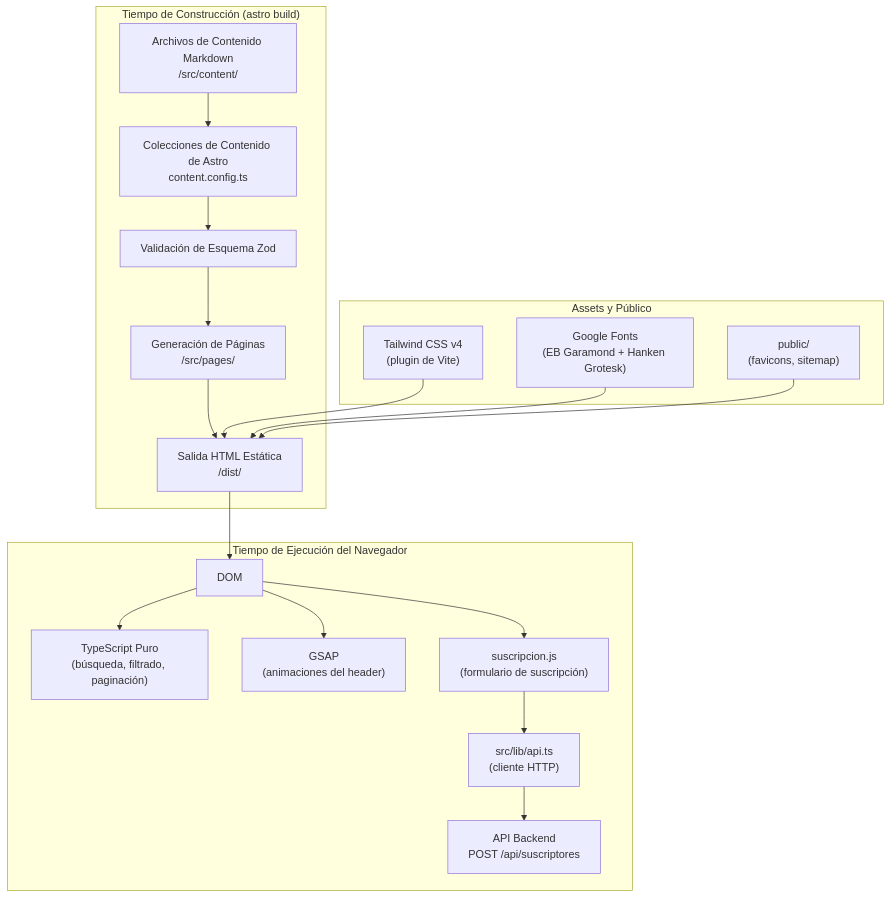
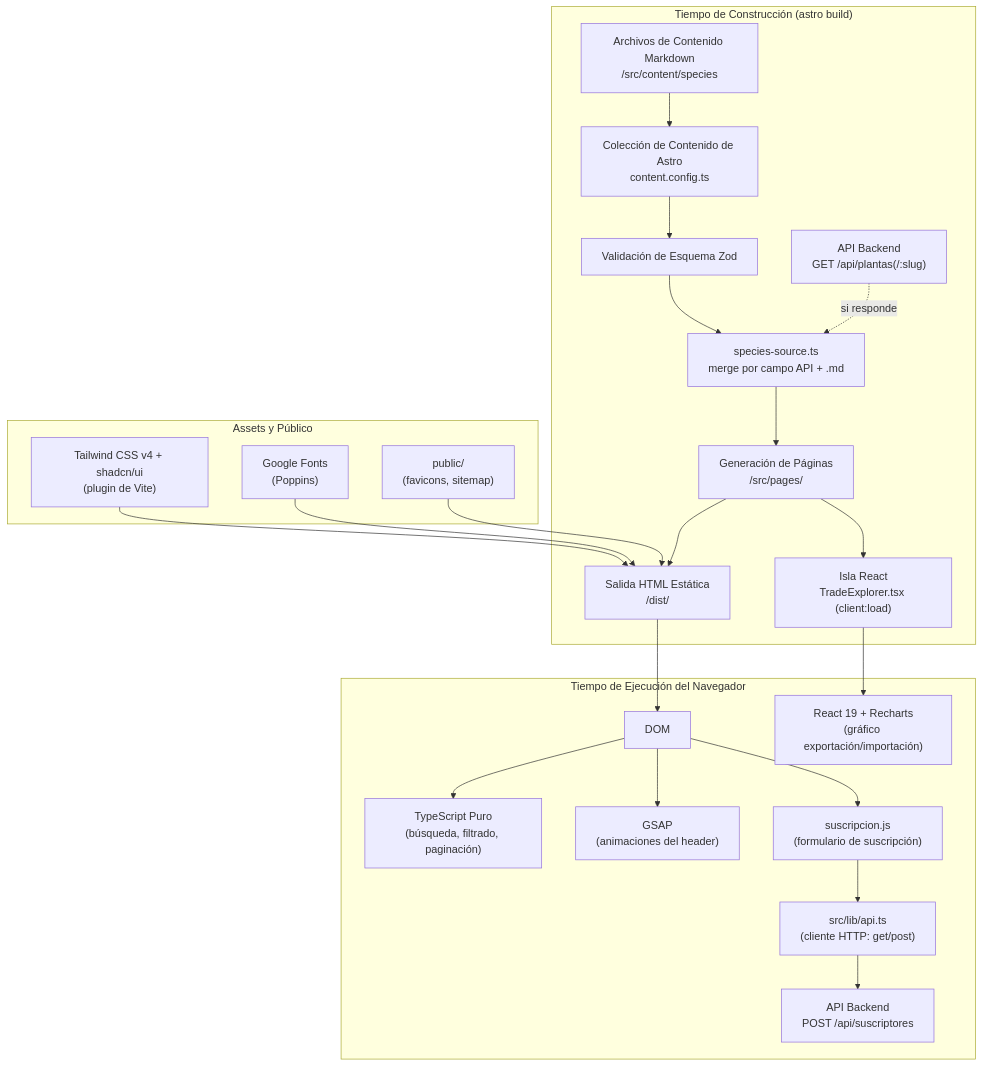
One commit to alps2005/ecotec-flora-medica changed the first of 5 diagrams in docs/ARCHITECTURE.md. Above: the diagram before and after it, drawn with Mermaid. The commit also changed other lines of this file and 9 other files, not shown here.

````diff
--- a/docs/ARCHITECTURE.md
+++ b/docs/ARCHITECTURE.md
@@ -9,24 +11,28 @@
 ```mermaid
 flowchart TD
     subgraph Build["Tiempo de Construcción (astro build)"]
-        MD["Archivos de Contenido Markdown\n/src/content/"] --> CC["Colecciones de Contenido de Astro\ncontent.config.ts"]
+        MD["Archivos de Contenido Markdown\n/src/content/species"] --> CC["Colección de Contenido de Astro\ncontent.config.ts"]
         CC --> ZOD["Validación de Esquema Zod"]
-        ZOD --> PAGES["Generación de Páginas\n/src/pages/"]
+        BACKAPI["API Backend\nGET /api/plantas(/:slug)"] -.->|si responde| SRC
+        ZOD --> SRC["species-source.ts\nmerge por campo API + .md"]
+        SRC --> PAGES["Generación de Páginas\n/src/pages/"]
         PAGES --> HTML["Salida HTML Estática\n/dist/"]
+        PAGES --> ISLA["Isla React\nTradeExplorer.tsx (client:load)"]
     end
 
     subgraph Runtime["Tiempo de Ejecución del Navegador"]
         HTML --> DOM["DOM"]
         DOM --> TS["TypeScript Puro\n(búsqueda, filtrado, paginación)"]
         DOM --> GSAP["GSAP\n(animaciones del header)"]
         DOM --> SUB["suscripcion.js\n(formulario de suscripción)"]
-        SUB --> API["src/lib/api.ts\n(cliente HTTP)"]
+        SUB --> API["src/lib/api.ts\n(cliente HTTP: get/post)"]
         API --> BACK["API Backend\nPOST /api/suscriptores"]
+        ISLA --> REACT["React 19 + Recharts\n(gráfico exportación/importación)"]
     end
 
     subgraph Assets["Assets y Público"]
-        CSS["Tailwind CSS v4\n(plugin de Vite)"] --> HTML
-        FONTS["Google Fonts\n(EB Garamond + Hanken Grotesk)"] --> HTML
+        CSS["Tailwind CSS v4 + shadcn/ui\n(plugin de Vite)"] --> HTML
+        FONTS["Google Fonts\n(Poppins)"] --> HTML
         PUB["public/\n(favicons, sitemap)"] --> HTML
     end
 ```
````
